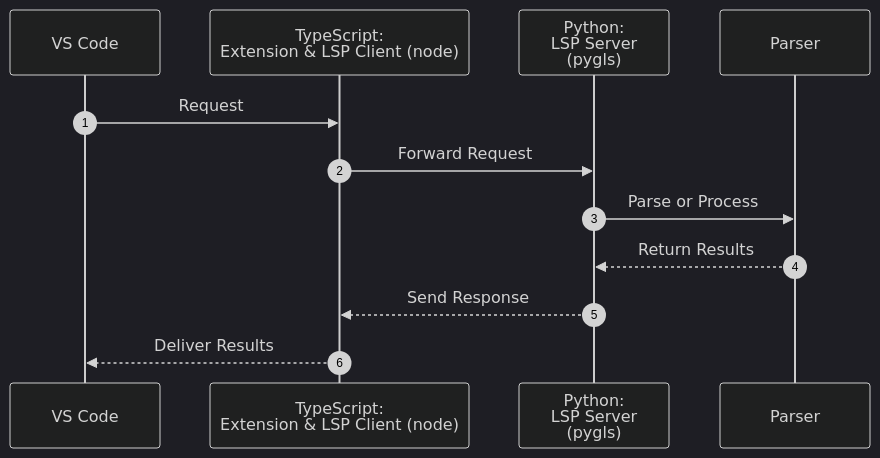
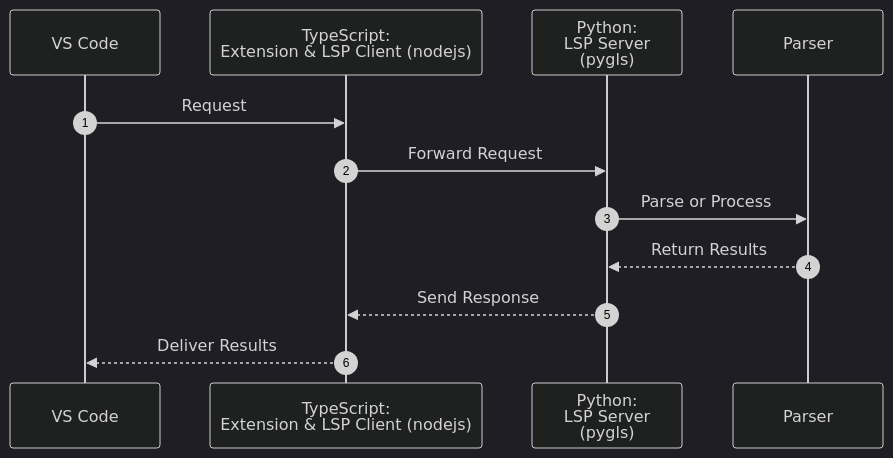
Before and after one commit to kimtth/vscode-extension-lsp-pfx: the diagram in README.md, drawn with Mermaid (dark theme). The commit also changed other lines of this file and 5 other files, not shown here.

````diff
--- a/README.md
+++ b/README.md
@@ -15,15 +15,15 @@
 ```mermaid
 sequenceDiagram
     participant VSCode as VS Code
-    participant TS as TypeScript: <br/> Extension & LSP Client (node)
+    participant TS as TypeScript: <br/> Extension & LSP Client (nodejs)
     participant Python as Python: <br/> LSP Server <br/> (pygls)
     participant Parser as Parser
 
     autonumber
     VSCode->>TS: Request
     TS->>Python: Forward Request
     Python->>Parser: Parse or Process
     Parser-->>Python: Return Results
     Python-->>TS: Send Response
     TS-->>VSCode: Deliver Results
 ```
````
